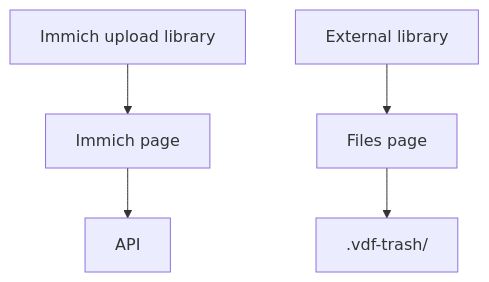
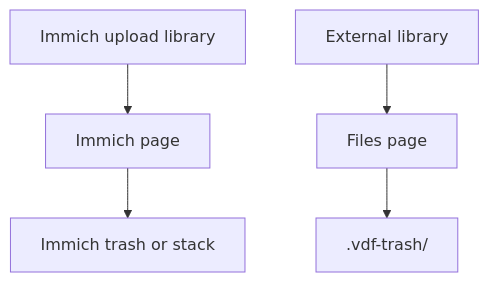
Before and after one commit to vinRosso/immich-vdf: the diagram in docs/usage.md, drawn with Mermaid. The commit also changed other lines of this file and 10 other files, not shown here.

````diff
--- a/docs/usage.md
+++ b/docs/usage.md
@@ -26,7 +26,7 @@
 ```mermaid
 flowchart TB
   upload["Immich upload library"] --> immichPage["Immich page"]
   external["External library"] --> filesPage["Files page"]
-  immichPage --> api["API"]
+  immichPage --> api["Immich trash or stack"]
   filesPage --> bin[".vdf-trash/"]
 ```
````
